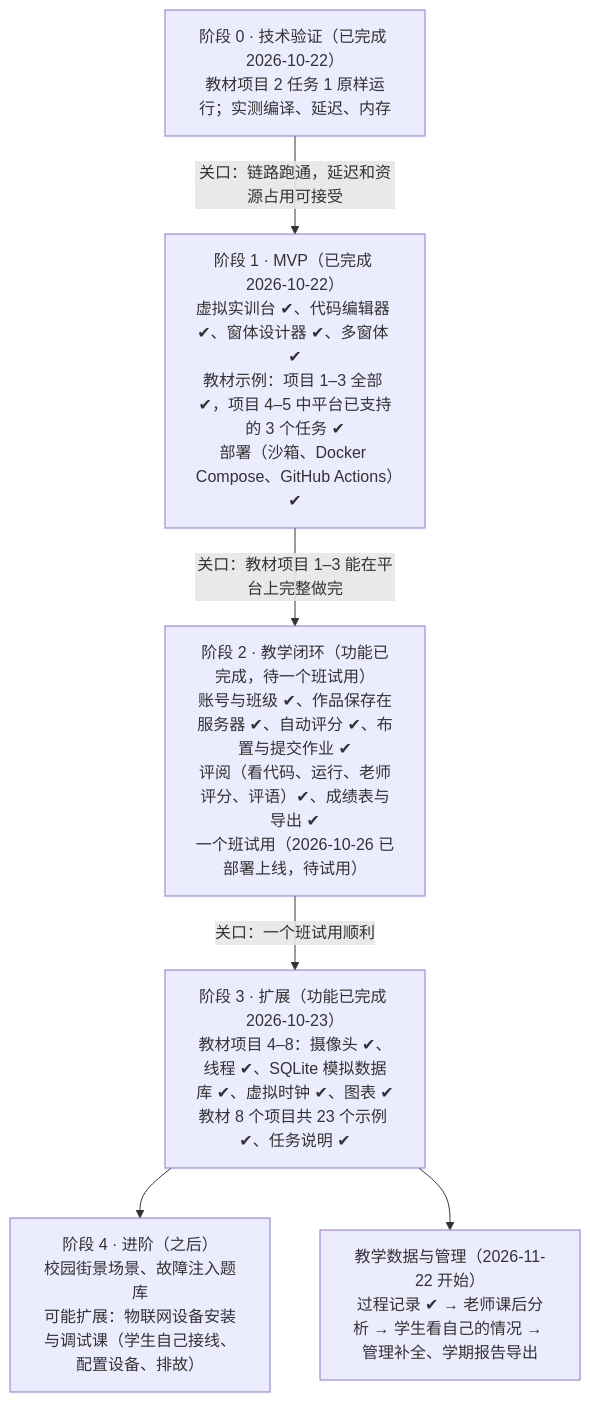
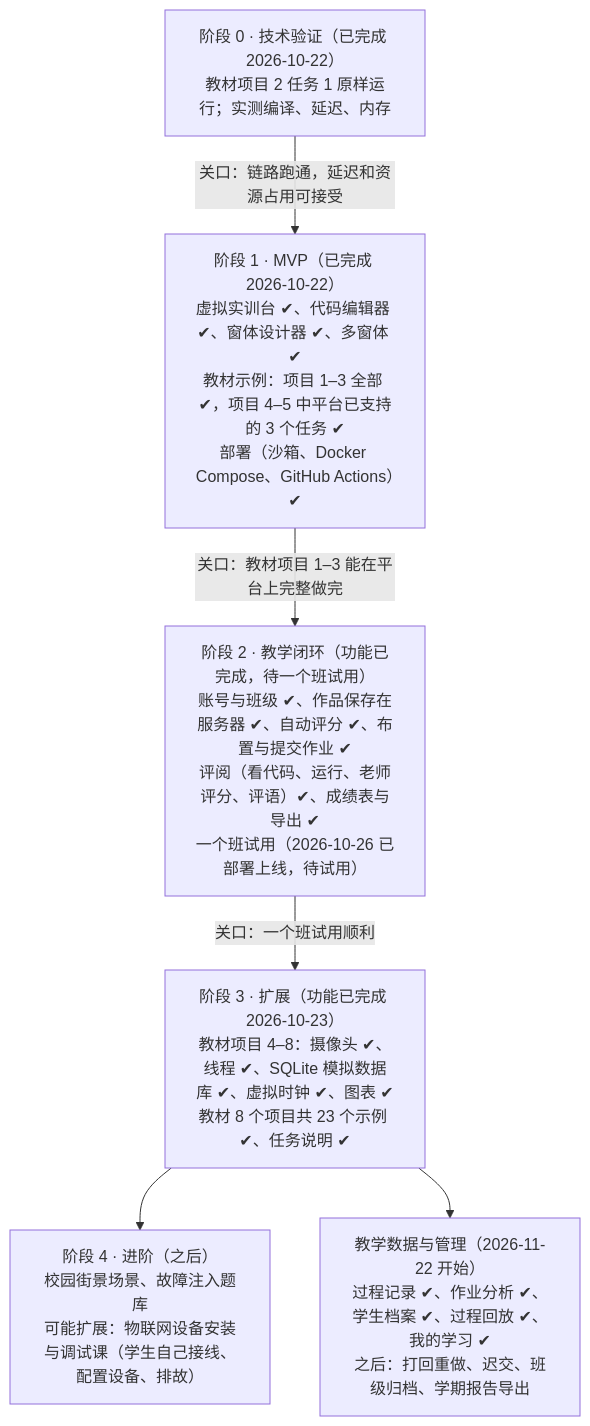
Before and after one commit to yuetsh/IOT_SIM: the second of 2 diagrams in docs/设计方案.md, drawn with Mermaid. The commit also changed other lines of this file and 8 other files, not shown here.

````diff
--- a/docs/设计方案.md
+++ b/docs/设计方案.md
@@ -239,14 +239,14 @@
 ```mermaid
 flowchart TB
   P0["阶段 0 · 技术验证（已完成 2026-10-22）<br/>教材项目 2 任务 1 原样运行；实测编译、延迟、内存"]
   P1["阶段 1 · MVP（已完成 2026-10-22）<br/>虚拟实训台 ✔、代码编辑器 ✔、窗体设计器 ✔、多窗体 ✔<br/>教材示例：项目 1–3 全部 ✔，项目 4–5 中平台已支持的 3 个任务 ✔<br/>部署（沙箱、Docker Compose、GitHub Actions）✔"]
   P2["阶段 2 · 教学闭环（功能已完成，待一个班试用）<br/>账号与班级 ✔、作品保存在服务器 ✔、自动评分 ✔、布置与提交作业 ✔<br/>评阅（看代码、运行、老师评分、评语）✔、成绩表与导出 ✔<br/>一个班试用（2026-10-26 已部署上线，待试用）"]
   P3["阶段 3 · 扩展（功能已完成 2026-10-23）<br/>教材项目 4–8：摄像头 ✔、线程 ✔、SQLite 模拟数据库 ✔、虚拟时钟 ✔、图表 ✔<br/>教材 8 个项目共 23 个示例 ✔、任务说明 ✔"]
   P4["阶段 4 · 进阶（之后）<br/>校园街景场景、故障注入题库<br/>可能扩展：物联网设备安装与调试课（学生自己接线、配置设备、排故）"]
-  P5["教学数据与管理（2026-11-22 开始）<br/>过程记录 ✔ → 老师课后分析 → 学生看自己的情况 → 管理补全、学期报告导出"]
+  P5["教学数据与管理（2026-11-22 开始）<br/>过程记录 ✔、作业分析 ✔、学生档案 ✔、过程回放 ✔、我的学习 ✔<br/>之后：打回重做、迟交、班级归档、学期报告导出"]
   P0 -->|"关口：链路跑通，延迟和资源占用可接受"| P1
   P1 -->|"关口：教材项目 1–3 能在平台上完整做完"| P2
   P2 -->|"关口：一个班试用顺利"| P3
   P3 --> P4
   P3 --> P5
 ```
````
